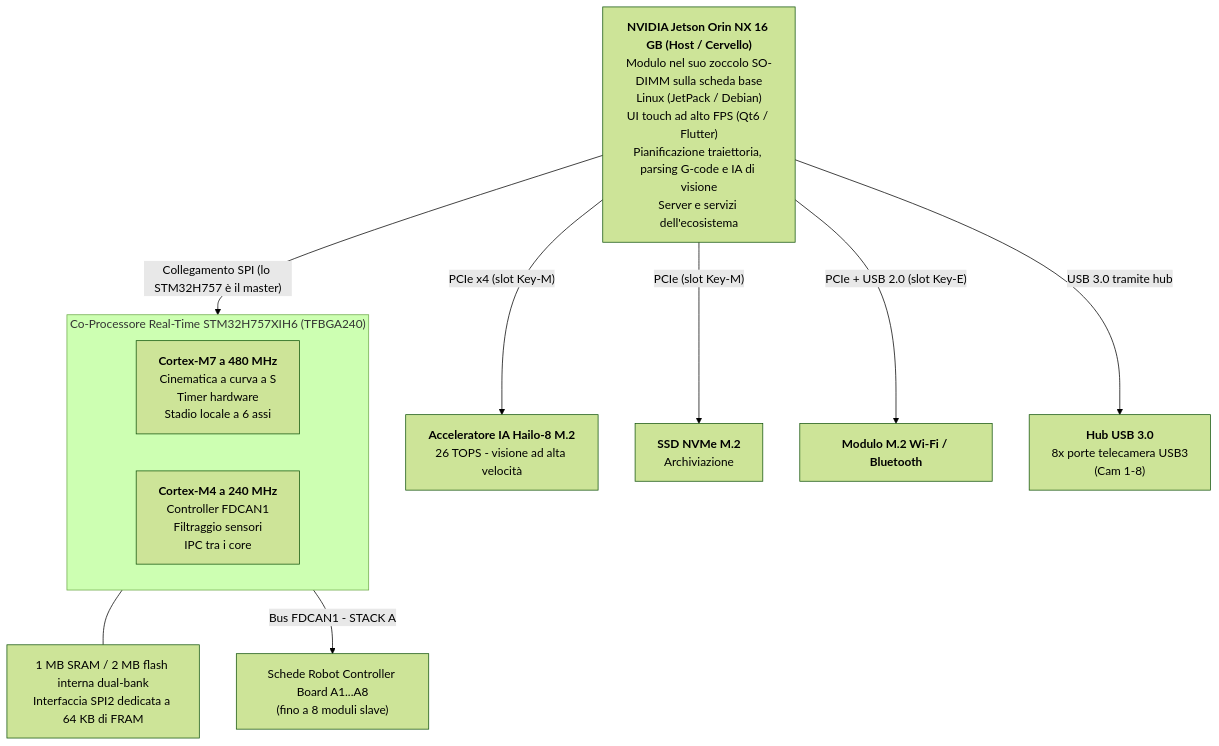
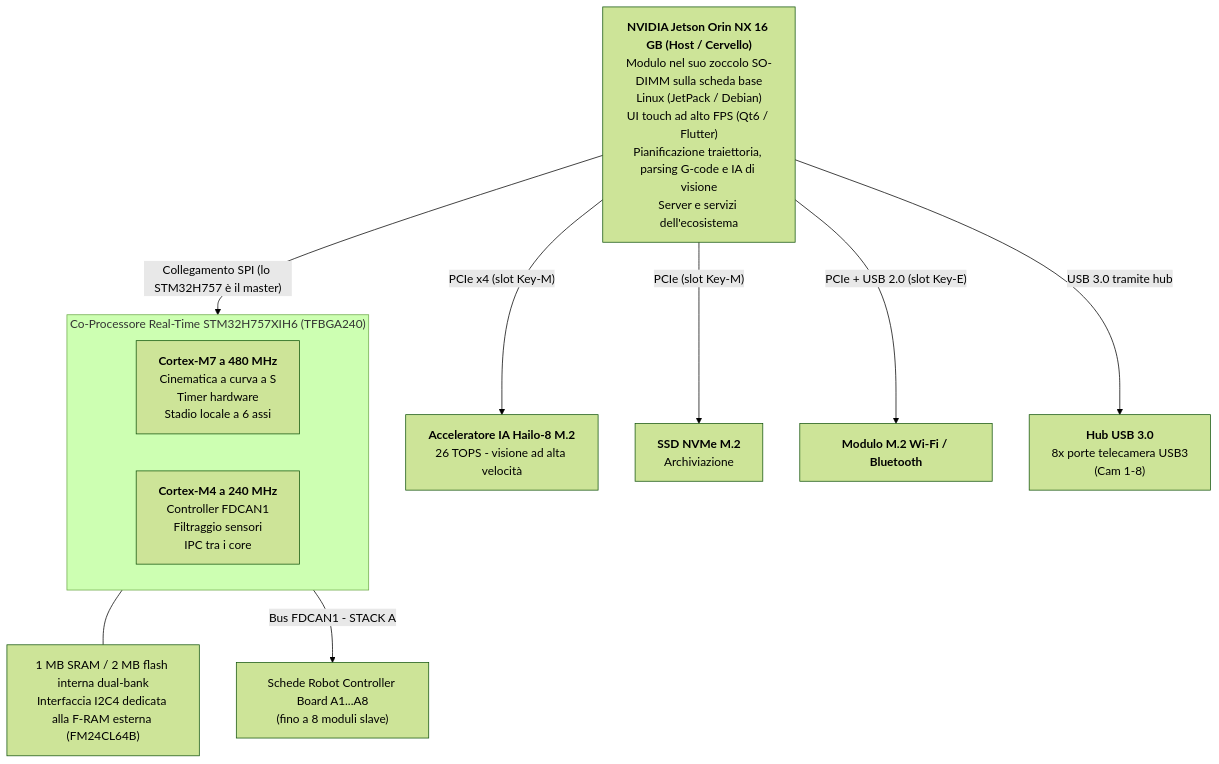
The first of 3 diagrams in README_ita.md (JuanenRac/HYDRA-UMC), drawn with Mermaid (forest theme) before and after one commit. The commit also changed other lines of this file and 10 other files, not shown here.

Commit message:
README: F-RAM on I2C4 in the block diagram and host-neutral description of the OS image folder

````diff
--- a/README_ita.md
+++ b/README_ita.md
@@ -95,21 +95,21 @@
 ```mermaid
 flowchart TB
     JETSON["<b>NVIDIA Jetson Orin NX 16 GB (Host / Cervello)</b><br/>Modulo nel suo zoccolo SO-DIMM sulla scheda base<br/>Linux (JetPack / Debian)<br/>UI touch ad alto FPS (Qt6 / Flutter)<br/>Pianificazione traiettoria, parsing G-code e IA di visione<br/>Server e servizi dell'ecosistema"]
 
     JETSON -- "PCIe x4 (slot Key-M)" --> HAILO8["<b>Acceleratore IA Hailo-8 M.2</b><br/>26 TOPS - visione ad alta velocità"]
     JETSON -- "PCIe (slot Key-M)" --> NVME["<b>SSD NVMe M.2</b><br/>Archiviazione"]
     JETSON -- "PCIe + USB 2.0 (slot Key-E)" --> WIFI["<b>Modulo M.2 Wi-Fi / Bluetooth</b>"]
     JETSON -- "USB 3.0 tramite hub" --> HUBS["<b>Hub USB 3.0</b><br/>8x porte telecamera USB3<br/>(Cam 1-8)"]
 
     JETSON -- "Collegamento SPI (lo STM32H757 è il master)" --> MCU
 
     subgraph MCU["Co-Processore Real-Time STM32H757XIH6 (TFBGA240)"]
         direction LR
         CM7["<b>Cortex-M7 a 480 MHz</b><br/>Cinematica a curva a S<br/>Timer hardware<br/>Stadio locale a 6 assi"]
         CM4["<b>Cortex-M4 a 240 MHz</b><br/>Controller FDCAN1<br/>Filtraggio sensori<br/>IPC tra i core"]
     end
-    MEM["1 MB SRAM / 2 MB flash interna dual-bank<br/>Interfaccia SPI2 dedicata a 64 KB di FRAM"]
+    MEM["1 MB SRAM / 2 MB flash interna dual-bank<br/>Interfaccia I2C4 dedicata alla F-RAM esterna (FM24CL64B)"]
     MCU --- MEM
 
     MCU -- "Bus FDCAN1 - STACK A" --> ROBOTS["Schede Robot Controller Board A1...A8<br/>(fino a 8 moduli slave)"]
 ```
````
